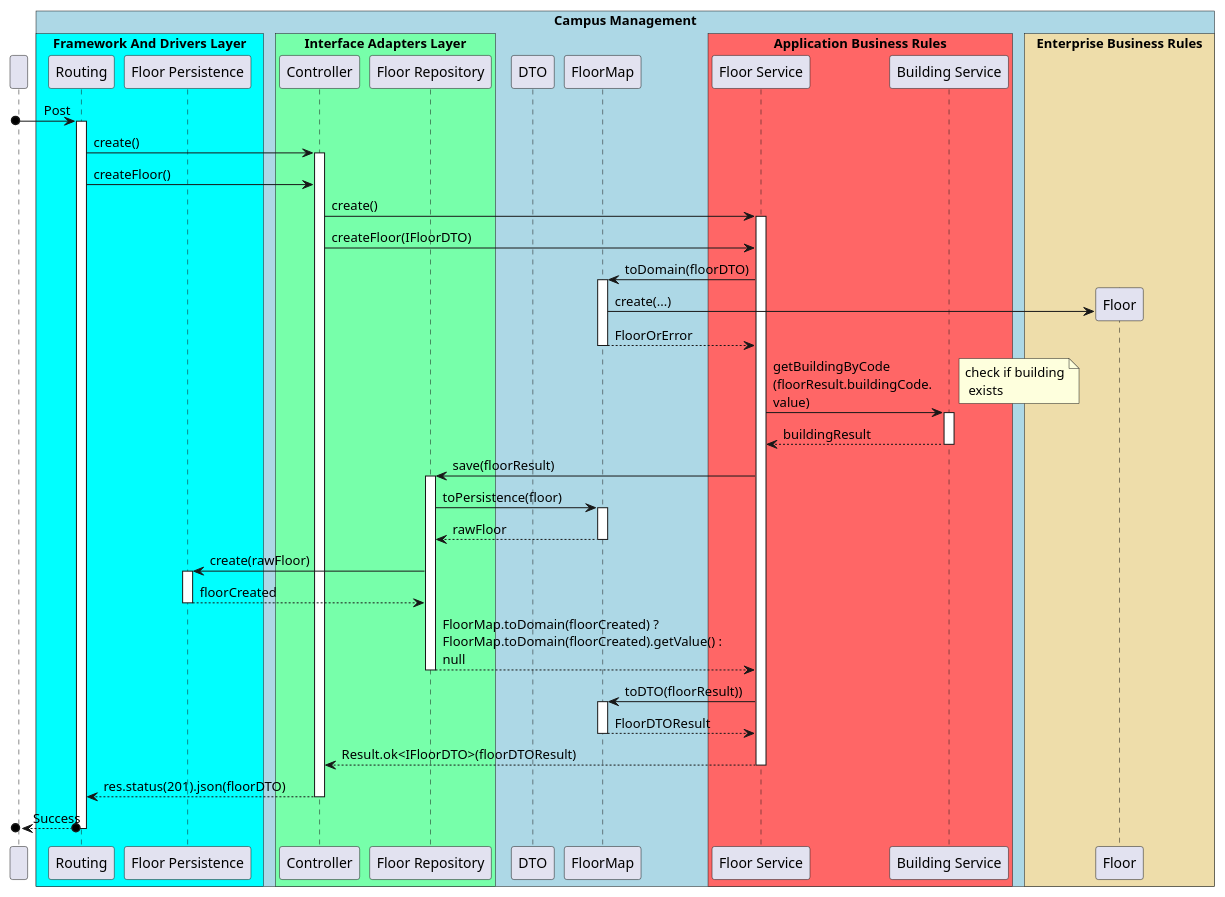
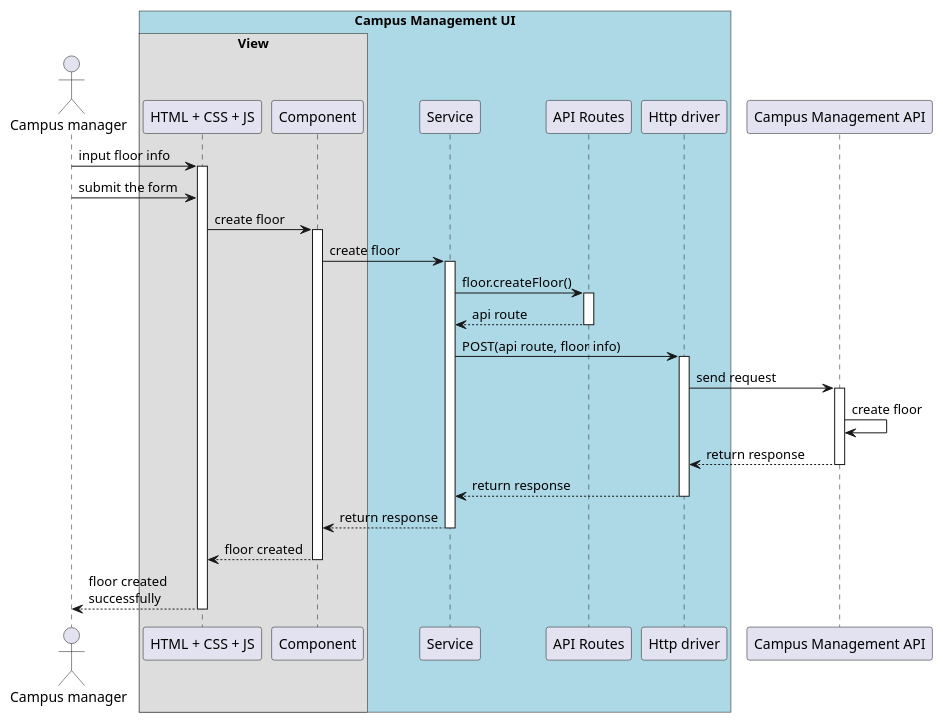
One commit to winqus/RobDroneGo changed the diagram in docs/US/Sprint_B/ID-190-ID-1090/SD lv3.puml. Above: the diagram before and after it, drawn with PlantUML. The commit also changed 4 other files, not shown here.

```diff
--- a/docs/US/Sprint_B/ID-190-ID-1090/SD lv3.puml
+++ b/docs/US/Sprint_B/ID-190-ID-1090/SD lv3.puml
@@ -1,84 +1,59 @@
 @startuml SD Lv3
 
 !pragma teoz true
 
-participant " "
-box "Campus Management" #LightBlue
+actor "Campus manager" as campus
+box "Campus Management UI" #LightBlue
 
-    box "Framework And Drivers Layer" #00ffff
-        participant Routing
-        participant "Floor Persistence" as Schema
+    box "View"
+        participant "HTML + CSS + JS" as html
+        participant "Component" as component
     end box
+    participant "Service" as service
+    participant "API Routes" as API_ROUTES
+    participant "Http driver" as http
 
-    box "Interface Adapters Layer" #77ffaa
-        participant Controller
-        participant "Floor Repository" as Repository
-    end box
+end box
+participant "Campus Management API" as campusAPI
 
-    participant DTO
-    participant FloorMap as Map
-    box "Application Business Rules" #ff6666
-        participant "Floor Service" as FloorS
-        participant "Building Service" as BuildingS
-    end box
+campus -> html : input floor info
+activate html
+campus -> html : submit the form
 
-    box "Enterprise Business Rules" #eeddaa
-        participant Floor
-    end box
-end box
+    html -> component : create floor
+    activate component
 
+        component -> service : create floor
+        activate service
 
-[o-> Routing : Post
-activate Routing
+            service -> API_ROUTES : floor.createFloor()
+            activate API_ROUTES
 
-    Routing -> Controller : create()
-    activate Controller
-    Routing -> Controller : createFloor()
-        Controller -> FloorS : create()
-        activate FloorS
-            Controller -> FloorS : createFloor(IFloorDTO)
-            FloorS -> Map : toDomain(floorDTO)
+            API_ROUTES --> service : api route
+            deactivate API_ROUTES
 
-            activate Map
-                Map -> Floor ** : create(...)
-                Map --> FloorS : FloorOrError
-            deactivate Map
-            FloorS -> BuildingS : getBuildingByCode\n(floorResult.buildingCode.\nvalue)
-            note right: check if building\n exists
+            service -> http : POST(api route, floor info)
+            activate http
 
-            activate BuildingS
-                BuildingS --> FloorS : buildingResult
-            deactivate BuildingS
+                http -> campusAPI : send request
+                activate campusAPI
 
-            FloorS -> Repository : save(floorResult)
-            activate Repository
+                    campusAPI -> campusAPI : create floor
+                    
+                campusAPI --> http : return response
+                deactivate campusAPI
 
-                Repository -> Map : toPersistence(floor)
-                activate Map
-                    Map --> Repository : rawFloor
-                deactivate Map
+            http --> service : return response
+            deactivate http
 
-                Repository -> Schema : create(rawFloor)
-                activate Schema
-                    Schema --> Repository : floorCreated
-                deactivate Schema
+        service --> component : return response
+        deactivate service
 
-                Repository --> FloorS : FloorMap.toDomain(floorCreated) ? \nFloorMap.toDomain(floorCreated).getValue() : \nnull
+    component --> html : floor created
+    deactivate component
 
-            deactivate Repository
-
-            FloorS -> Map : toDTO(floorResult))
-            activate Map
-                Map --> FloorS : FloorDTOResult
-            deactivate Map
-            FloorS --> Controller : Result.ok<IFloorDTO>(floorDTOResult)
-        deactivate FloorS
-
-    Controller --> Routing : res.status(201).json(floorDTO)
-    deactivate Controller
-
-[o<--o Routing : Success
-deactivate Routing
+html --> campus : floor created\nsuccessfully
+deactivate html
 
 
 @enduml
```
